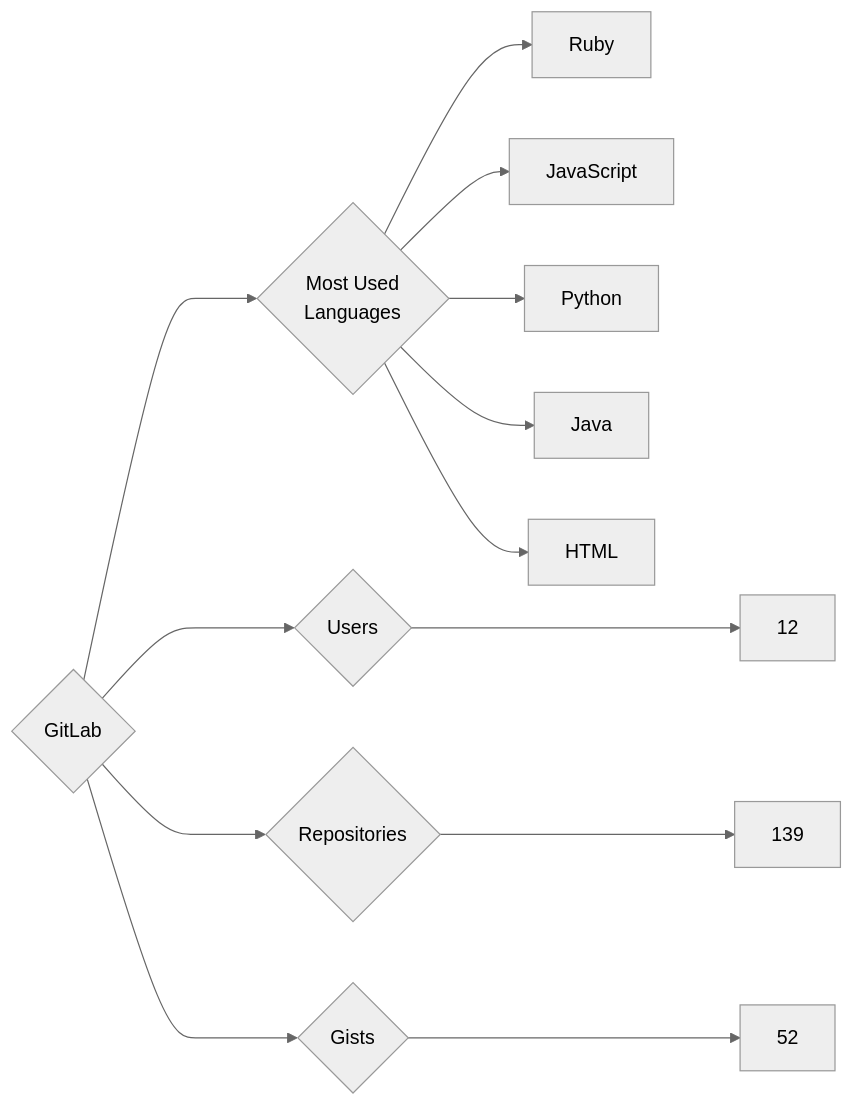
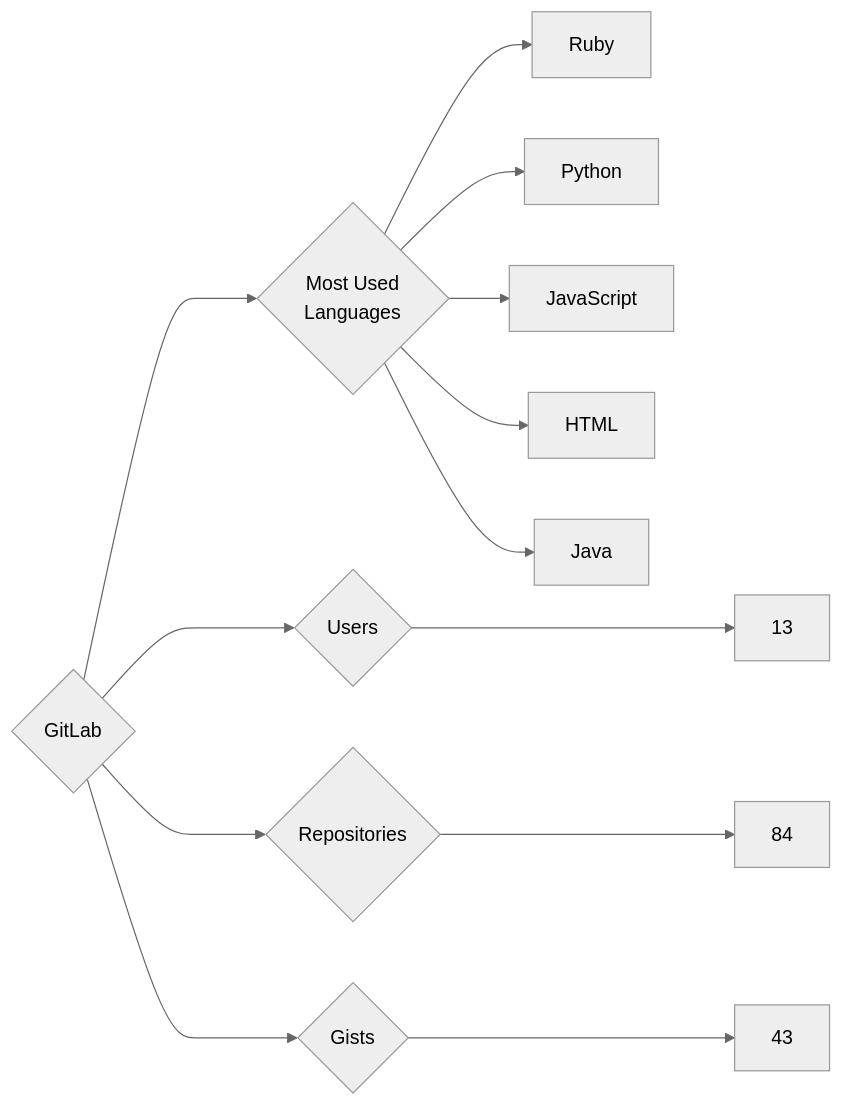
One commit to trickest/insiders changed the diagram in targets/GitLab/README.md. Above: the diagram before and after it, drawn with Mermaid (neutral theme). The commit also changed 720 other files, not shown here.

````diff
--- a/targets/GitLab/README.md
+++ b/targets/GitLab/README.md
@@ -3,13 +3,13 @@
 ```mermaid
 graph LR
 COMPANY_NAME{GitLab}
-COMPANY_NAME ---> U{Users} ---> UN[12]
-COMPANY_NAME ---> R{Repositories} ---> RN[139]
-COMPANY_NAME ---> G{Gists} ---> GN[52]
+COMPANY_NAME ---> U{Users} ---> UN[13]
+COMPANY_NAME ---> R{Repositories} ---> RN[84]
+COMPANY_NAME ---> G{Gists} ---> GN[43]
 COMPANY_NAME ---> ML{Most Used<br>Languages}
 ML --> Ruby[Ruby]
+ML --> Python[Python]
 ML --> JavaScript[JavaScript]
-ML --> Python[Python]
+ML --> HTML[HTML]
 ML --> Java[Java]
-ML --> HTML[HTML]
 ```
````
